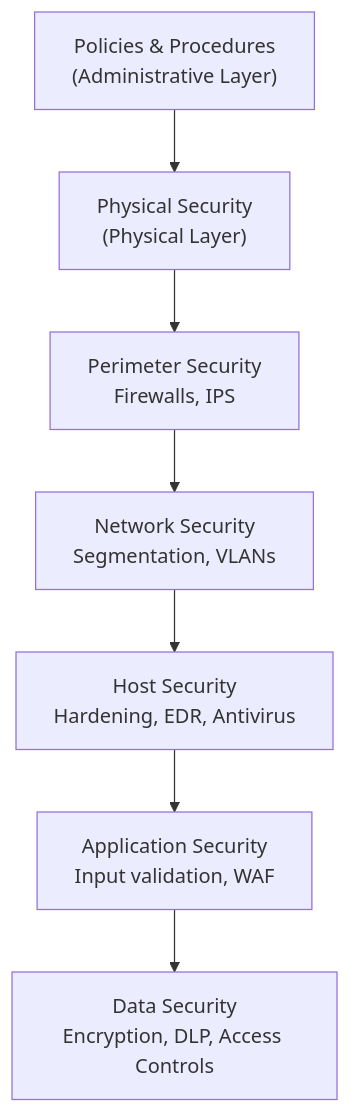
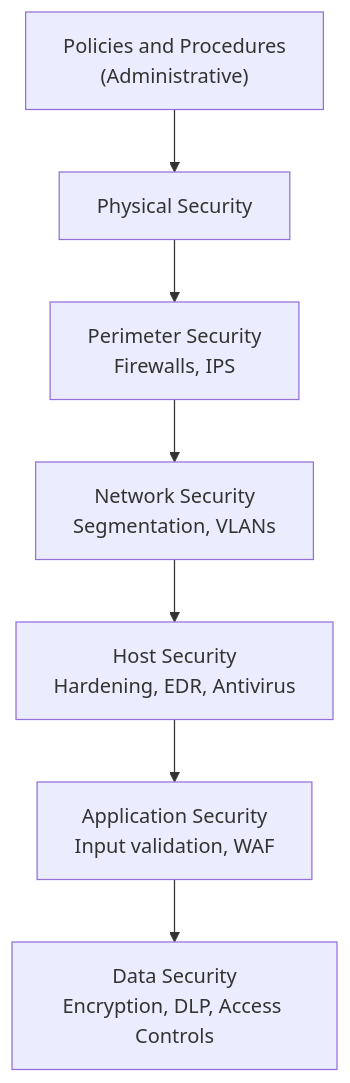
The first of 2 diagrams in docs/isc/security/mitigation.md (subwaymatch/cpabear-book), drawn with Mermaid before and after one commit. The commit also changed other lines of this file and 204 other files, not shown here.

First line of the commit message:
Update the book for the 2027 CPA Exam Blueprints, fix dark-mode diagrams, add diagram zoom (#49)

````diff
--- a/docs/isc/security/mitigation.md
+++ b/docs/isc/security/mitigation.md
@@ -144,9 +117,9 @@
 ```mermaid
 graph TD
-    A["Policies & Procedures<br/>(Administrative Layer)"] --> B["Physical Security<br/>(Physical Layer)"]
+    A["Policies and Procedures<br/>(Administrative)"] --> B["Physical Security"]
     B --> C["Perimeter Security<br/>Firewalls, IPS"]
     C --> D["Network Security<br/>Segmentation, VLANs"]
     D --> E["Host Security<br/>Hardening, EDR, Antivirus"]
     E --> F["Application Security<br/>Input validation, WAF"]
     F --> G["Data Security<br/>Encryption, DLP, Access Controls"]
 ```
````
